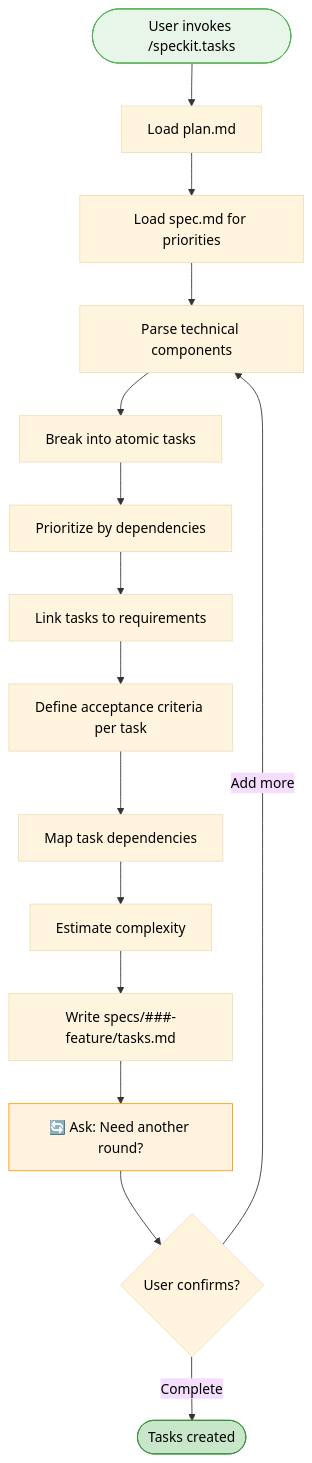
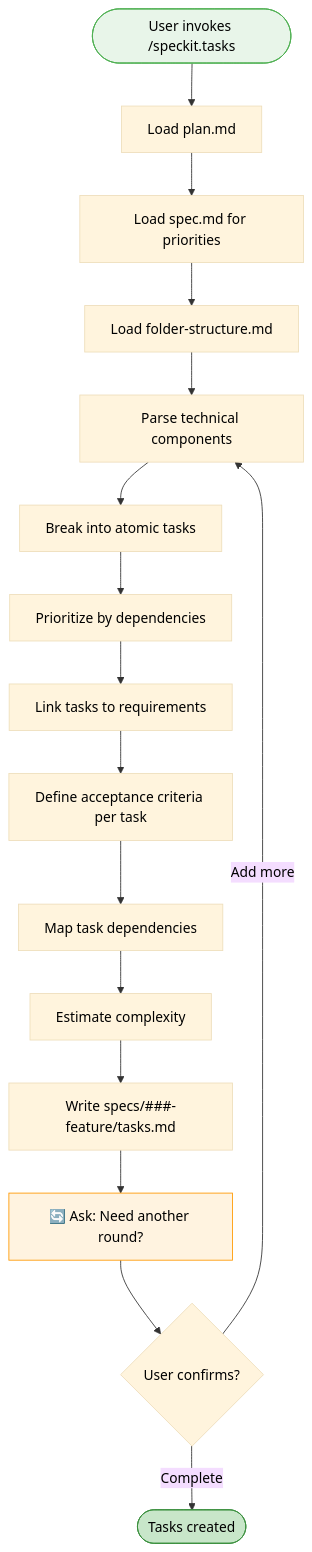
Before and after one commit to Trindade11/Teste: the eighth of 13 diagrams in .specify/docs/flows/command-flow.md, drawn with Mermaid. The commit also changed other lines of this file and 25 other files, not shown here.

````diff
--- a/.specify/docs/flows/command-flow.md
+++ b/.specify/docs/flows/command-flow.md
@@ -258,32 +307,34 @@
 ```mermaid
 %%{init: {'theme': 'base', 'themeVariables': { 'primaryTextColor': '#000', 'secondaryTextColor': '#000', 'tertiaryTextColor': '#000', 'lineColor': '#333'}}}%%
 flowchart TD
     Start([User invokes /speckit.tasks]) --> LoadPlan[Load plan.md]
     
     LoadPlan --> LoadSpec[Load spec.md for priorities]
     
-    LoadSpec --> Parse[Parse technical components]
+    LoadSpec --> LoadContext[Load folder-structure.md]
+    
+    LoadContext --> Parse[Parse technical components]
     
     Parse --> Breakdown[Break into atomic tasks]
     
     Breakdown --> Prioritize[Prioritize by dependencies]
     
     Prioritize --> Link[Link tasks to requirements]
     
     Link --> Criteria[Define acceptance criteria per task]
     
     Criteria --> Dependencies[Map task dependencies]
     
     Dependencies --> Estimate[Estimate complexity]
     
     Estimate --> Write[Write specs/###-feature/tasks.md]
     
     Write --> AskRound["🔄 Ask: Need another round?"]
     AskRound --> UserCheck{User confirms?}
     UserCheck -->|Add more| Parse
     UserCheck -->|Complete| Done([Tasks created])
     
     style Start fill:#e8f5e9,stroke:#4caf50,color:#000
     style Done fill:#c8e6c9,stroke:#388e3c,color:#000
     style AskRound fill:#fff3e0,stroke:#ff9800,color:#000
 ```
````
